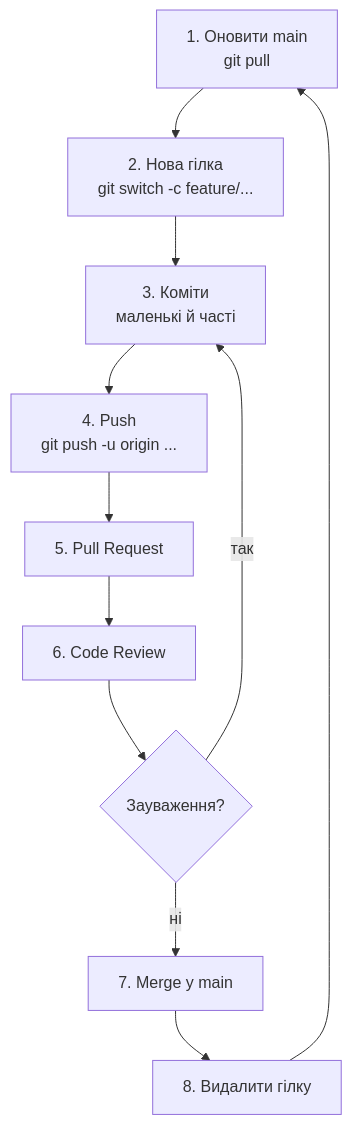
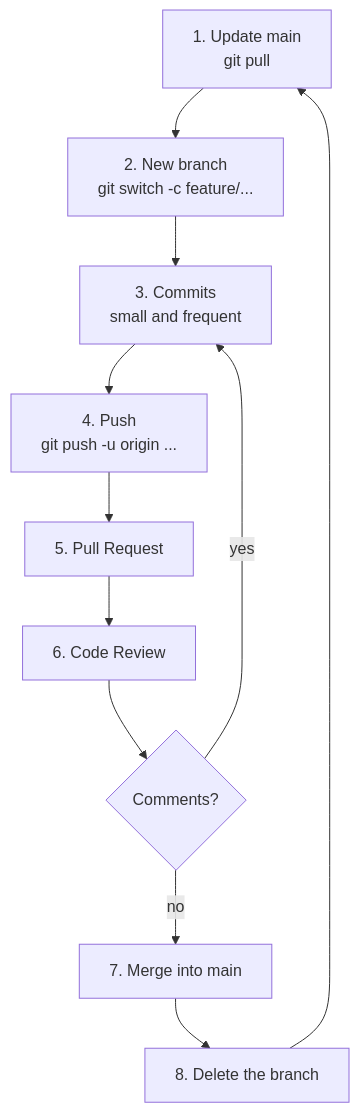
Before and after one commit to andriyevski/python-learning-portfolio: diagram 12 of 14 in git_commands.md, drawn with Mermaid. The commit also changed other lines of this file and 3 other files, not shown here.

````diff
--- a/git_commands.md
+++ b/git_commands.md
@@ -576,13 +576,13 @@
 ```mermaid
 graph TD
-    A["1. Оновити main<br/>git pull"] --> B["2. Нова гілка<br/>git switch -c feature/..."]
-    B --> C["3. Коміти<br/>маленькі й часті"]
+    A["1. Update main<br/>git pull"] --> B["2. New branch<br/>git switch -c feature/..."]
+    B --> C["3. Commits<br/>small and frequent"]
     C --> D["4. Push<br/>git push -u origin ..."]
     D --> E["5. Pull Request"]
     E --> F["6. Code Review"]
-    F --> G{"Зауваження?"}
-    G -->|"так"| C
-    G -->|"ні"| H["7. Merge у main"]
-    H --> I["8. Видалити гілку"]
+    F --> G{"Comments?"}
+    G -->|"yes"| C
+    G -->|"no"| H["7. Merge into main"]
+    H --> I["8. Delete the branch"]
     I --> A
 ```
````
